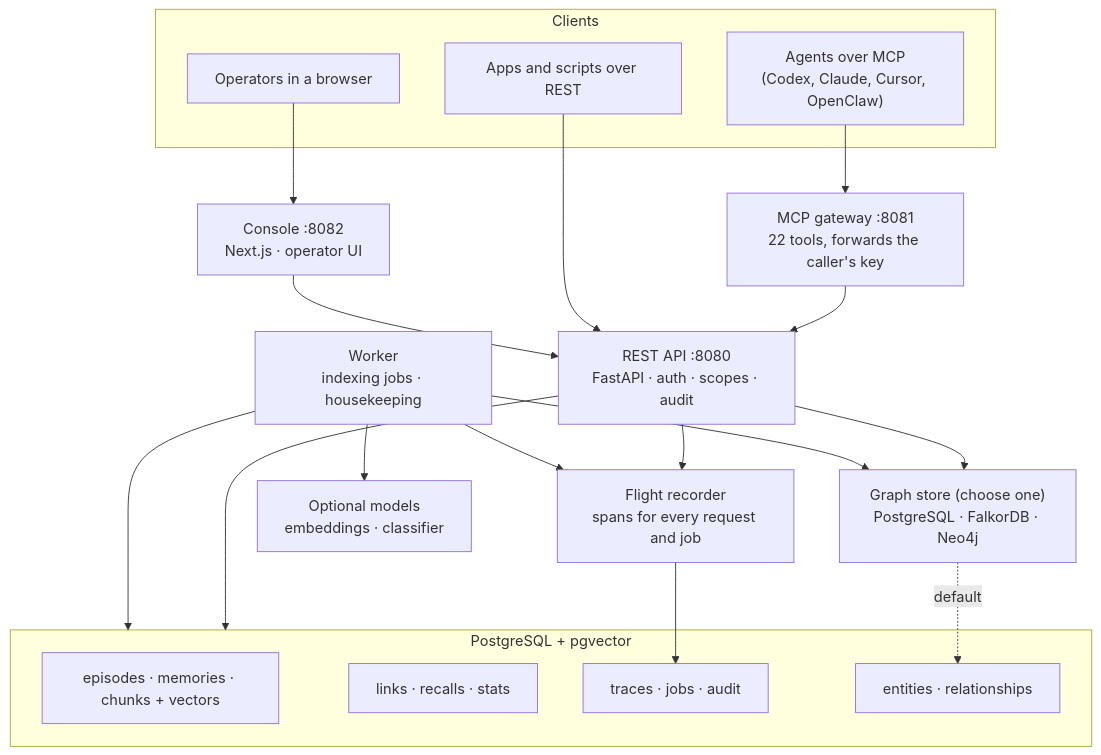
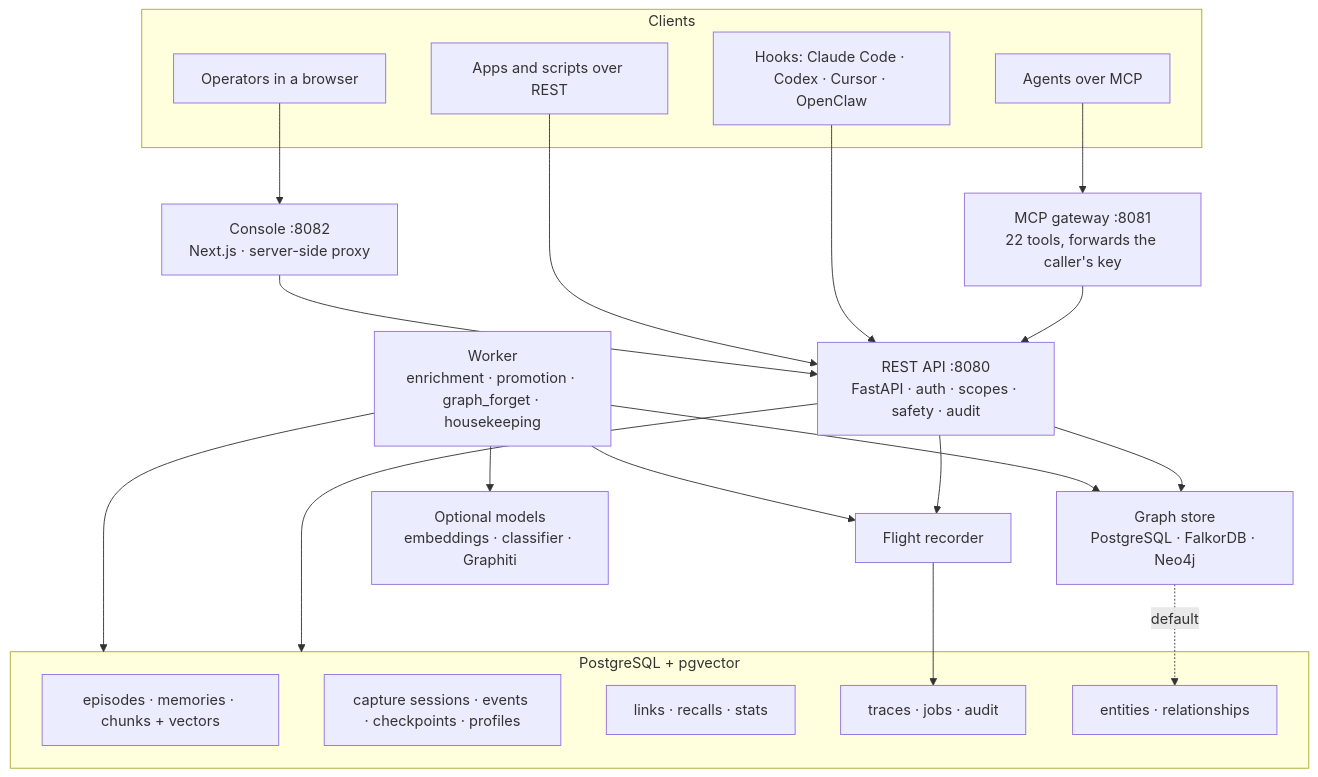
One commit to JIGGAI/albert changed the fourth of 4 diagrams in README.md. Above: the diagram before and after it, drawn with Mermaid. The commit also changed other lines of this file, not shown here.

````diff
--- a/README.md
+++ b/README.md
@@ -115,32 +364,35 @@
 ```mermaid
 flowchart TB
     subgraph Clients
-        C1["Agents over MCP<br/>(Codex, Claude, Cursor, OpenClaw)"]
+        C1["Agents over MCP"]
+        C4["Hooks: Claude Code · Codex · Cursor · OpenClaw"]
         C2["Apps and scripts over REST"]
         C3["Operators in a browser"]
     end
     MCP["MCP gateway :8081<br/>22 tools, forwards the caller's key"]
-    API["REST API :8080<br/>FastAPI · auth · scopes · audit"]
-    CON["Console :8082<br/>Next.js · operator UI"]
-    W["Worker<br/>indexing jobs · housekeeping"]
-    REC["Flight recorder<br/>spans for every request and job"]
+    API["REST API :8080<br/>FastAPI · auth · scopes · safety · audit"]
+    CON["Console :8082<br/>Next.js · server-side proxy"]
+    W["Worker<br/>enrichment · promotion · graph_forget · housekeeping"]
+    REC["Flight recorder"]
     subgraph PG["PostgreSQL + pgvector"]
         T1["episodes · memories · chunks + vectors"]
+        T5["capture sessions · events · checkpoints · profiles"]
         T2["links · recalls · stats"]
         T3["traces · jobs · audit"]
         T4["entities · relationships"]
     end
-    GS["Graph store (choose one)<br/>PostgreSQL · FalkorDB · Neo4j"]
-    LLM["Optional models<br/>embeddings · classifier"]
+    GS["Graph store<br/>PostgreSQL · FalkorDB · Neo4j"]
+    LLM["Optional models<br/>embeddings · classifier · Graphiti"]
     C1 --> MCP --> API
+    C4 --> API
     C2 --> API
     C3 --> CON --> API
     API --> PG
     API --> GS
     API --> REC --> T3
     W --> PG
     W --> GS
     W --> LLM
     W --> REC
     GS -. default .-> T4
 ```
````
